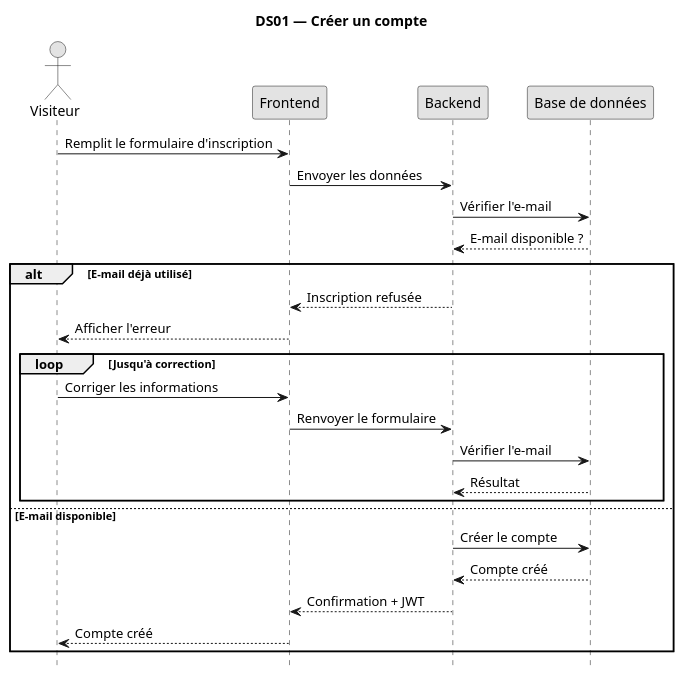
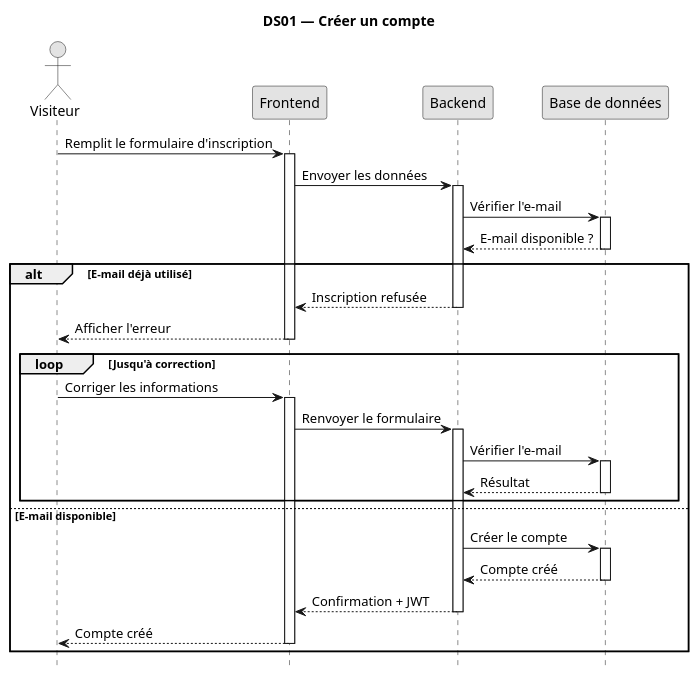
One commit to TkAbeleon/NoteAcemiqueProjetSoutenanceL3 changed the diagram in UML_JeryMotro/DS01_Creer_compte.plantuml. Above: the diagram before and after it, drawn with PlantUML. The commit also changed 17 other files, not shown here.

Commit message:
style(DS): standardiser les activations UML

```diff
--- a/UML_JeryMotro/DS01_Creer_compte.plantuml
+++ b/UML_JeryMotro/DS01_Creer_compte.plantuml
@@ -1,34 +1,48 @@
 @startuml
 skinparam monochrome true
 
 title DS01 — Créer un compte
 hide footbox
 skinparam shadowing false
 
 actor "Visiteur" as V
 participant "Frontend" as F
 participant "Backend" as B
 participant "Base de données" as DB
 
 V -> F : Remplit le formulaire d'inscription
+activate F
 F -> B : Envoyer les données
+activate B
 B -> DB : Vérifier l'e-mail
+activate DB
 DB --> B : E-mail disponible ?
+deactivate DB
 
 alt E-mail déjà utilisé
     B --> F : Inscription refusée
+    deactivate B
     F --> V : Afficher l'erreur
+    deactivate F
     loop Jusqu'à correction
         V -> F : Corriger les informations
+        activate F
         F -> B : Renvoyer le formulaire
+        activate B
         B -> DB : Vérifier l'e-mail
+        activate DB
         DB --> B : Résultat
+        deactivate DB
     end
 else E-mail disponible
     B -> DB : Créer le compte
+    activate DB
     DB --> B : Compte créé
+    deactivate DB
     B --> F : Confirmation + JWT
+    deactivate B
     F --> V : Compte créé
+    deactivate F
 end
 
 @enduml
```
